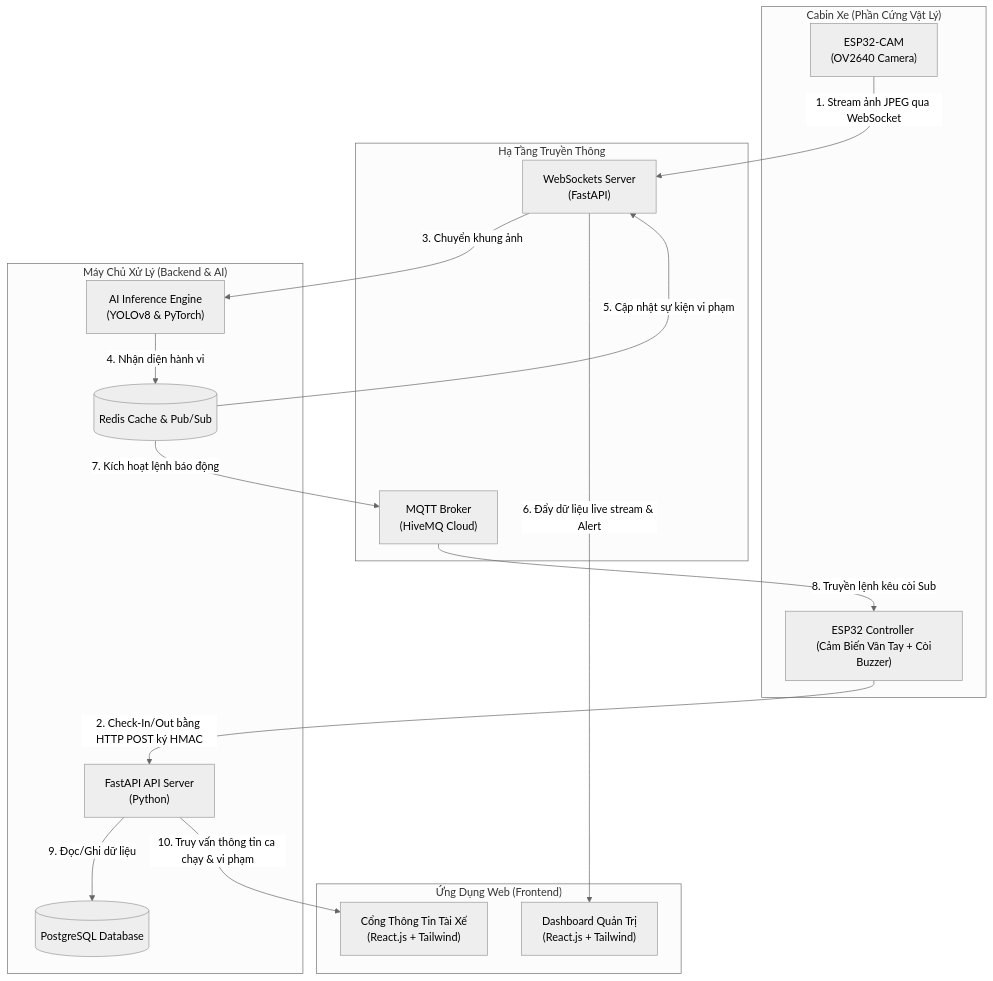
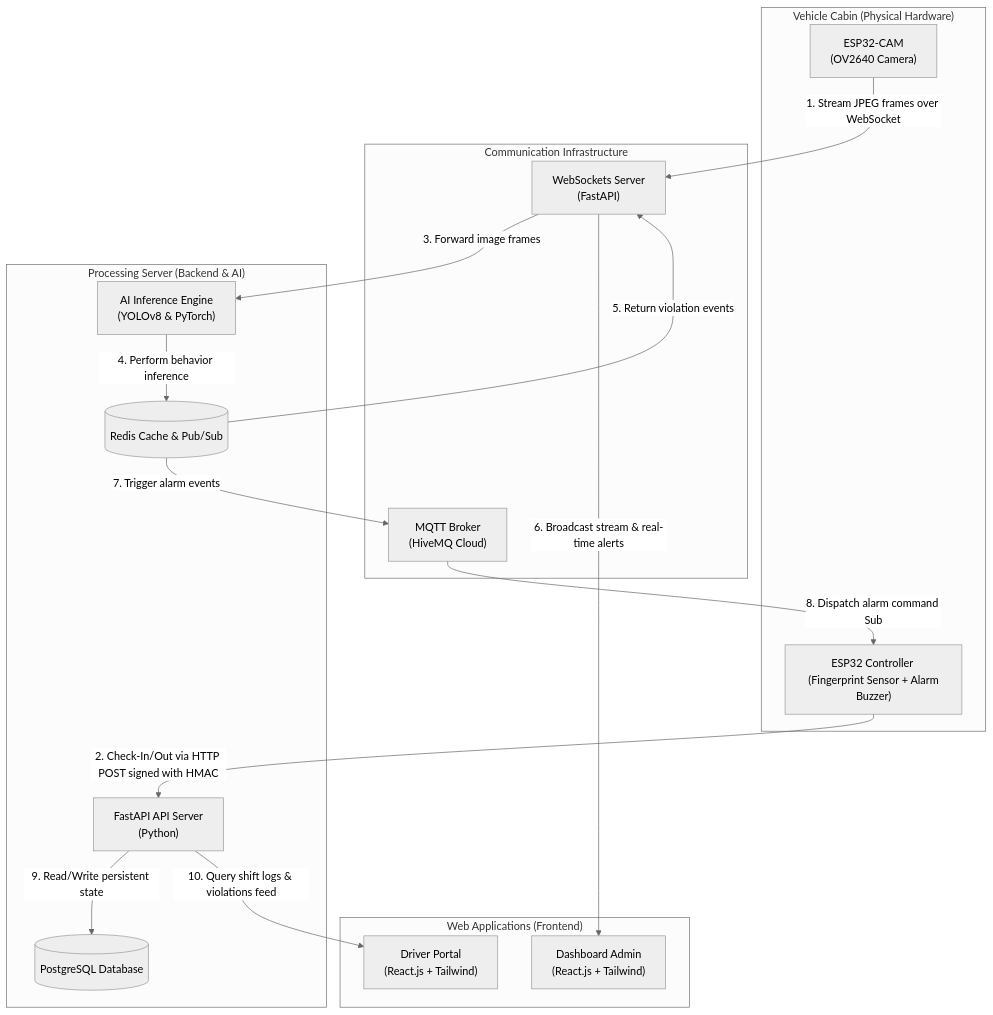
Before and after one commit to hnagnurtme/RoadSentinel: the diagram in README.md, drawn with Mermaid (neutral theme). The commit also changed other lines of this file, not shown here.

Commit message:
docs(readme): translate root README to English and update system architecture diagram

````diff
--- a/README.md
+++ b/README.md
@@ -23,39 +23,39 @@
 ```mermaid
 graph TD
-    subgraph Cabin["Cabin Xe (Phần Cứng Vật Lý)"]
+    subgraph Cabin["Vehicle Cabin (Physical Hardware)"]
         CAM["ESP32-CAM <br> (OV2640 Camera)"]
-        MCU["ESP32 Controller <br> (Cảm Biến Vân Tay + Còi Buzzer)"]
+        MCU["ESP32 Controller <br> (Fingerprint Sensor + Alarm Buzzer)"]
     end
 
-    subgraph Messaging["Hạ Tầng Truyền Thông"]
+    subgraph Messaging["Communication Infrastructure"]
         WS["WebSockets Server <br> (FastAPI)"]
         MQTT["MQTT Broker <br> (HiveMQ Cloud)"]
     end
 
-    subgraph Server["Máy Chủ Xử Lý (Backend & AI)"]
+    subgraph Server["Processing Server (Backend & AI)"]
         BE["FastAPI API Server <br> (Python)"]
         AI["AI Inference Engine <br> (YOLOv8 & PyTorch)"]
         DB[("PostgreSQL Database")]
         Redis[("Redis Cache & Pub/Sub")]
     end
 
-    subgraph Client["Ứng Dụng Web (Frontend)"]
-        Admin["Dashboard Quản Trị <br> (React.js + Tailwind)"]
-        Driver["Cổng Thông Tin Tài Xế <br> (React.js + Tailwind)"]
+    subgraph Client["Web Applications (Frontend)"]
+        Admin["Dashboard Admin <br> (React.js + Tailwind)"]
+        Driver["Driver Portal <br> (React.js + Tailwind)"]
     end
 
-    %% Luồng truyền dữ liệu
-    CAM -->|1. Stream ảnh JPEG qua WebSocket| WS
-    MCU -->|2. Check-In/Out bằng HTTP POST ký HMAC| BE
+    %% Data Flow Routing
+    CAM -->|1. Stream JPEG frames over WebSocket| WS
+    MCU -->|2. Check-In/Out via HTTP POST signed with HMAC| BE
     
-    WS -->|3. Chuyển khung ảnh| AI
-    AI -->|4. Nhận diện hành vi| Redis
-    Redis -->|5. Cập nhật sự kiện vi phạm| WS
-    WS -->|6. Đẩy dữ liệu live stream & Alert| Admin
+    WS -->|3. Forward image frames| AI
+    AI -->|4. Perform behavior inference| Redis
+    Redis -->|5. Return violation events| WS
+    WS -->|6. Broadcast stream & real-time alerts| Admin
     
-    Redis -->|7. Kích hoạt lệnh báo động| MQTT
-    MQTT -->|8. Truyền lệnh kêu còi Sub| MCU
+    Redis -->|7. Trigger alarm events| MQTT
+    MQTT -->|8. Dispatch alarm command Sub| MCU
     
-    BE -->|9. Đọc/Ghi dữ liệu| DB
-    BE -->|10. Truy vấn thông tin ca chạy & vi phạm| Driver
+    BE -->|9. Read/Write persistent state| DB
+    BE -->|10. Query shift logs & violations feed| Driver
 ```
````
